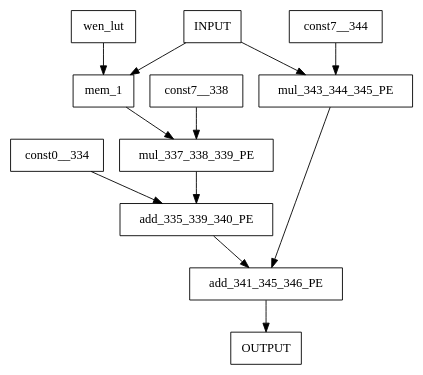
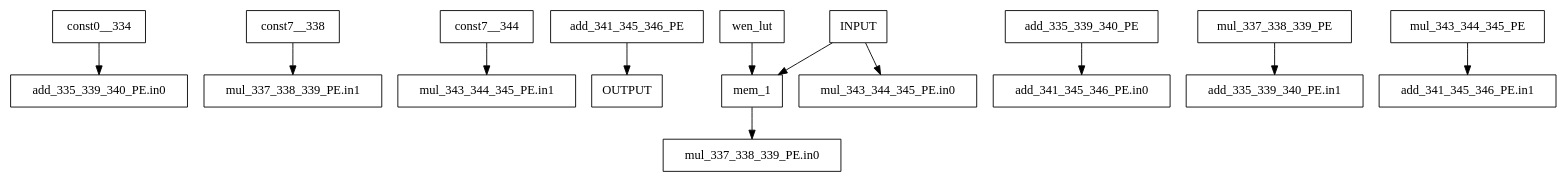
The diagram in bitstream/bsbuilder/testdir/examples/conv_2_1_mapped.dot (akashlevy/CGRAGenerator), drawn with Graphviz before and after one commit. The commit also changed 16 other files, not shown here.

```diff
--- a/bitstream/bsbuilder/testdir/examples/conv_2_1_mapped.dot
+++ b/bitstream/bsbuilder/testdir/examples/conv_2_1_mapped.dot
@@ -1,14 +1,14 @@
 digraph Diagram {
   node [shape=box]; # Comment
-    "const0__334" -> "add_335_339_340_PE";
-    "const7__338" -> "mul_337_338_339_PE";
-    "const7__344" -> "mul_343_344_345_PE";
+    "const0__334" -> "add_335_339_340_PE.in0";
+    "const7__338" -> "mul_337_338_339_PE.in1";
+    "const7__344" -> "mul_343_344_345_PE.in1";
     "add_341_345_346_PE" -> "OUTPUT";
     "INPUT" -> "mem_1"; # fifo_depth 10
-    "INPUT" -> "mul_343_344_345_PE";
-    "mem_1" -> "mul_337_338_339_PE";
+    "INPUT" -> "mul_343_344_345_PE.in0";
+    "mem_1" -> "mul_337_338_339_PE.in0";
     "wen_lut" -> "mem_1";
-    "add_335_339_340_PE" -> "add_341_345_346_PE";
-    "mul_337_338_339_PE" -> "add_335_339_340_PE";
-    "mul_343_344_345_PE" -> "add_341_345_346_PE";
+    "add_335_339_340_PE" -> "add_341_345_346_PE.in0";
+    "mul_337_338_339_PE" -> "add_335_339_340_PE.in1";
+    "mul_343_344_345_PE" -> "add_341_345_346_PE.in1";
 }
```
